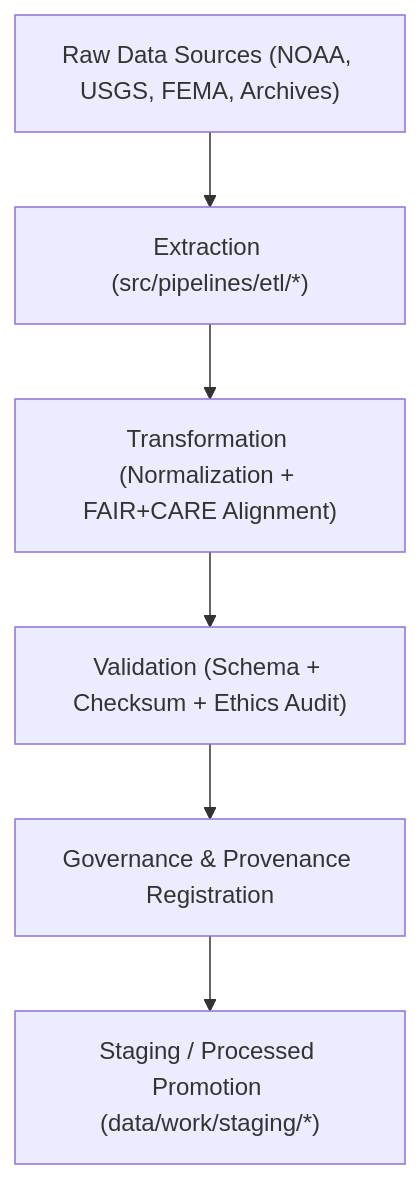
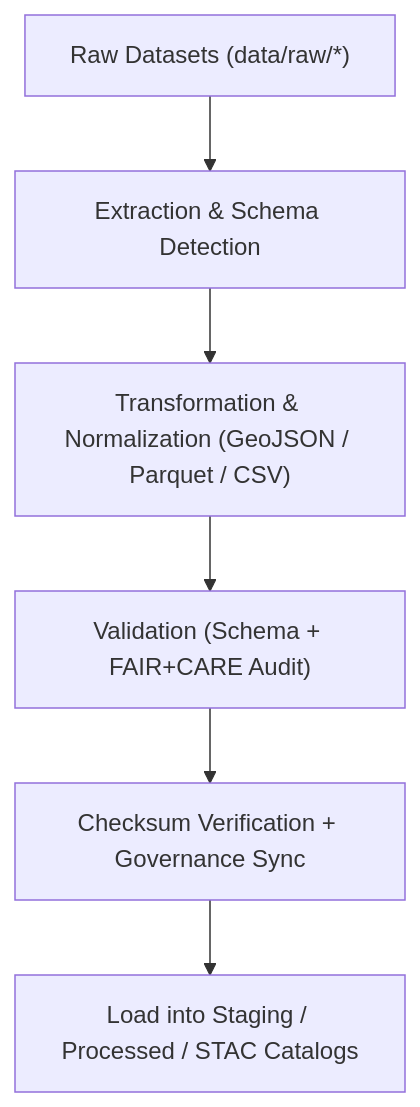
One commit to bartytime4life/Kansas-Frontier-Matrix changed the diagram in src/pipelines/etl/README.md. Above: the diagram before and after it, drawn with Mermaid. The commit also changed other lines of this file, not shown here.

````diff
--- a/src/pipelines/etl/README.md
+++ b/src/pipelines/etl/README.md
@@ -69,8 +69,8 @@
 ```mermaid
 flowchart TD
-    A["Raw Data Sources (NOAA, USGS, FEMA, Archives)"] --> B["Extraction (src/pipelines/etl/*)"]
-    B --> C["Transformation (Normalization + FAIR+CARE Alignment)"]
-    C --> D["Validation (Schema + Checksum + Ethics Audit)"]
-    D --> E["Governance & Provenance Registration"]
-    E --> F["Staging / Processed Promotion (data/work/staging/*)"]
+    A["Raw Datasets (data/raw/*)"] --> B["Extraction & Schema Detection"]
+    B --> C["Transformation & Normalization (GeoJSON / Parquet / CSV)"]
+    C --> D["Validation (Schema + FAIR+CARE Audit)"]
+    D --> E["Checksum Verification + Governance Sync"]
+    E --> F["Load into Staging / Processed / STAC Catalogs"]
 ```
````
